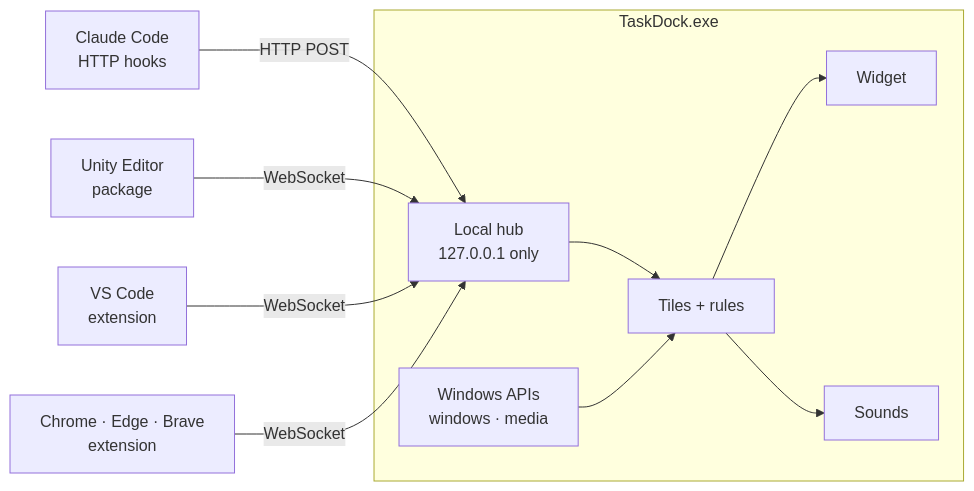
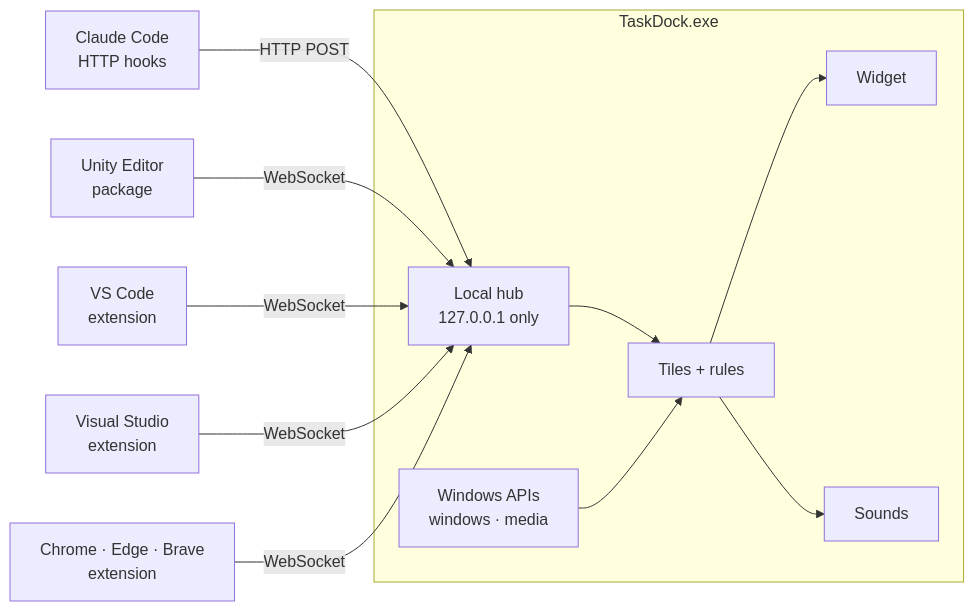
Before and after one commit to AniketRaut02/TaskDock: the diagram in README.md, drawn with Mermaid. The commit also changed other lines of this file and 16 other files, not shown here.

First line of the commit message:
Add a Visual Studio 2022 / 2026 extension

````diff
--- a/README.md
+++ b/README.md
@@ -153,13 +156,14 @@
 ```mermaid
 flowchart LR
     CC["Claude Code<br/>HTTP hooks"] -- "HTTP POST" --> HUB
     UN["Unity Editor<br/>package"] -- WebSocket --> HUB
     VS["VS Code<br/>extension"] -- WebSocket --> HUB
+    VSI["Visual Studio<br/>extension"] -- WebSocket --> HUB
     BR["Chrome · Edge · Brave<br/>extension"] -- WebSocket --> HUB
     subgraph TD["TaskDock.exe"]
         HUB["Local hub<br/>127.0.0.1 only"] --> REG["Tiles + rules"]
         WIN["Windows APIs<br/>windows · media"] --> REG
         REG --> UI["Widget"]
         REG --> SND["Sounds"]
     end
 ```
````
